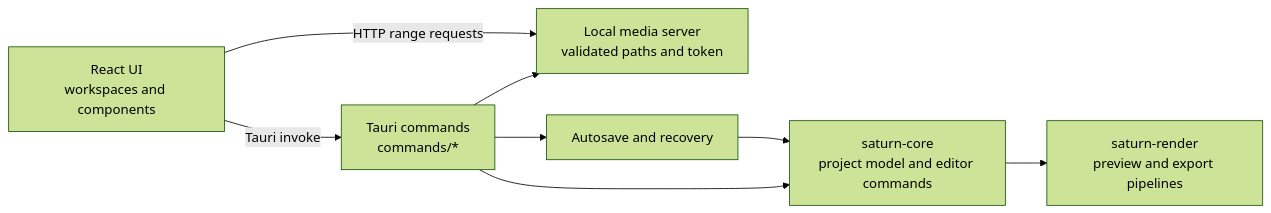
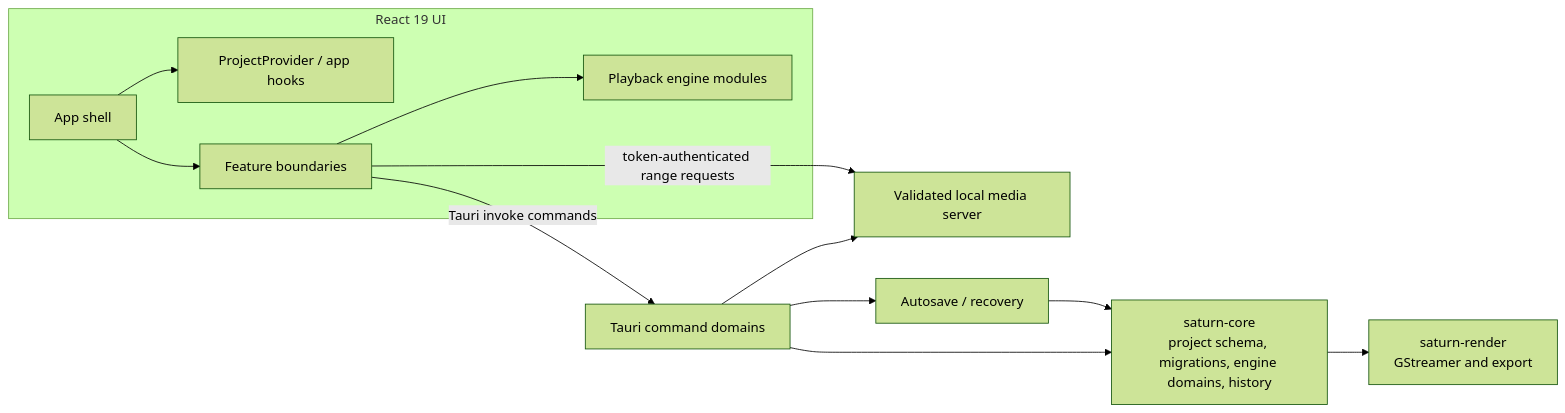
One commit to zvirox/easy-edits-pro changed the diagram in docs/architecture.md. Above: the diagram before and after it, drawn with Mermaid (forest theme). The commit also changed other lines of this file and 2 other files, not shown here.

Commit message:
docs(architecture): add size guardrails and dataflow

````diff
--- a/docs/architecture.md
+++ b/docs/architecture.md
@@ -5,10 +5,19 @@
 ```mermaid
 flowchart LR
-  UI[React UI\nworkspaces and components] -->|Tauri invoke| CMD[Tauri commands\ncommands/*]
-  CMD --> CORE[saturn-core\nproject model and editor commands]
-  CORE --> RENDER[saturn-render\npreview and export pipelines]
-  CMD --> MEDIA[Local media server\nvalidated paths and token]
-  UI -->|HTTP range requests| MEDIA
-  CMD --> RECOVERY[Autosave and recovery]
+  subgraph UI[React 19 UI]
+    APP[App shell]
+    PROVIDER[ProjectProvider / app hooks]
+    FEATURES[Feature boundaries]
+    PLAYBACK[Playback engine modules]
+    APP --> PROVIDER
+    APP --> FEATURES
+    FEATURES --> PLAYBACK
+  end
+  FEATURES -->|Tauri invoke commands| CMD[Tauri command domains]
+  CMD --> CORE[saturn-core\nproject schema, migrations, engine domains, history]
+  CORE --> RENDER[saturn-render\nGStreamer and export]
+  CMD --> MEDIA[Validated local media server]
+  FEATURES -->|token-authenticated range requests| MEDIA
+  CMD --> RECOVERY[Autosave / recovery]
   RECOVERY --> CORE
 ```
````
